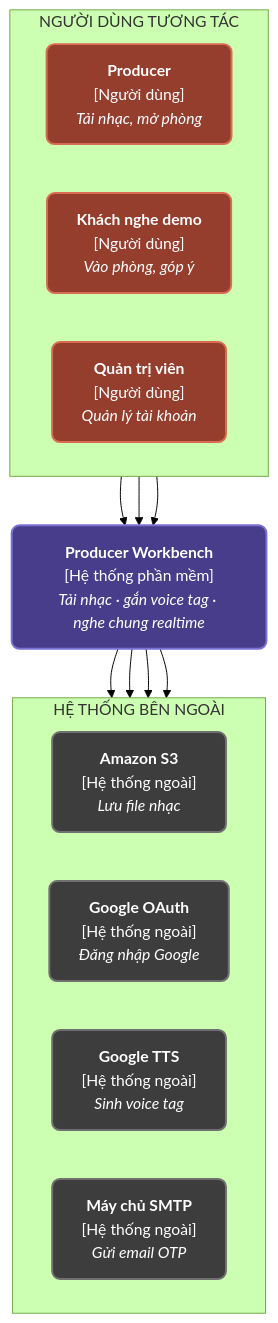
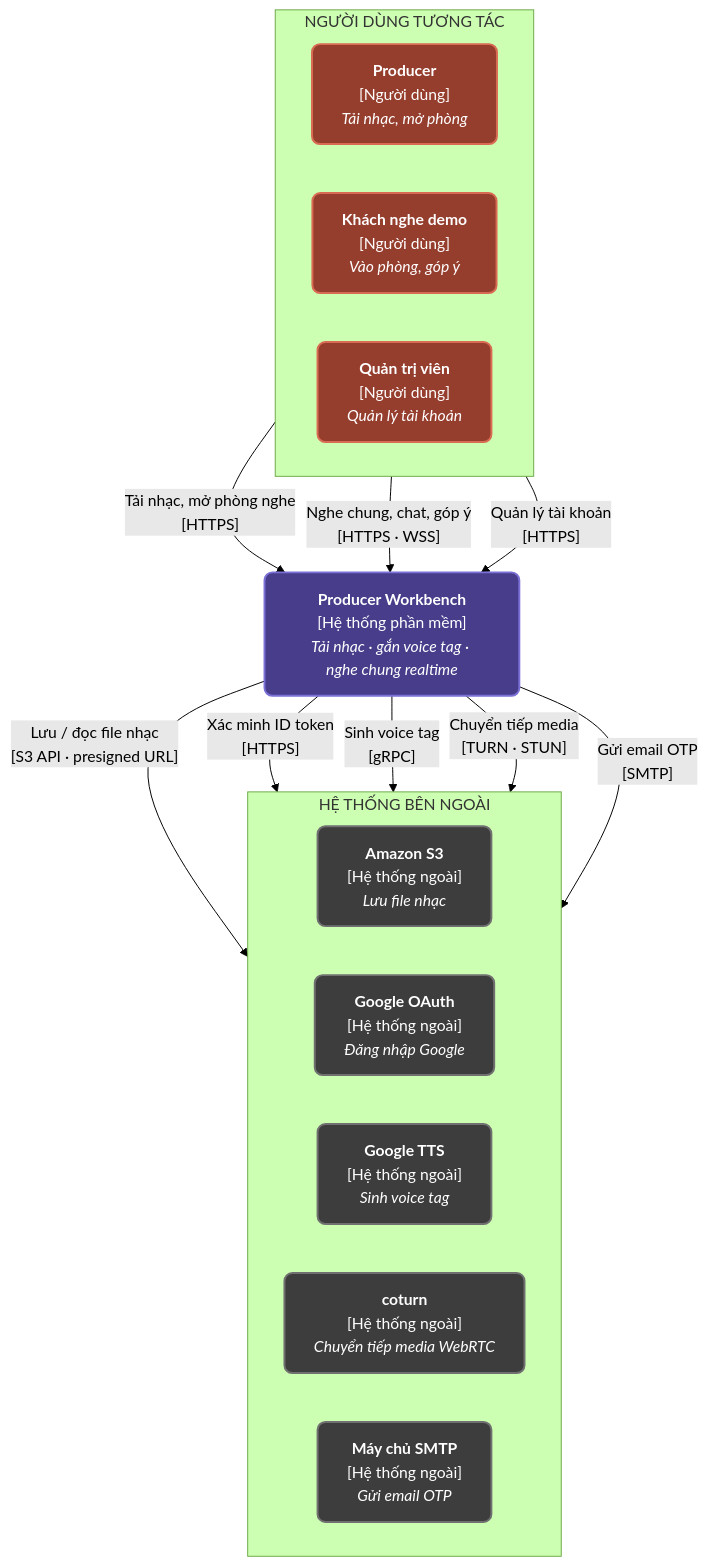
Before and after one commit to NguyenDucHoangNam/PWB_Mini: the diagram in docs/diagram/c4_level1_system_context.md, drawn with Mermaid (forest theme). The commit also changed other lines of this file and 5 other files, not shown here.

Commit message:
feat(showcase): add interactive C4 system context diagram component and i18n strings

````diff
--- a/docs/diagram/c4_level1_system_context.md
+++ b/docs/diagram/c4_level1_system_context.md
@@ -9,32 +9,34 @@
 ```mermaid
 graph TD
     classDef userBox fill:#963E2E,stroke:#D96B52,stroke-width:2px,color:#FFFFFF,rx:8px,ry:8px;
     classDef appBox fill:#483D8B,stroke:#7A70D6,stroke-width:2px,color:#FFFFFF,rx:8px,ry:8px;
     classDef extBox fill:#3D3D3D,stroke:#707070,stroke-width:2px,color:#FFFFFF,rx:8px,ry:8px;
 
     subgraph USERS ["NGƯỜI DÙNG TƯƠNG TÁC"]
         direction LR
         P["<b>Producer</b><br/>[Người dùng]<br/><i>Tải nhạc, mở phòng</i>"]:::userBox
         K["<b>Khách nghe demo</b><br/>[Người dùng]<br/><i>Vào phòng, góp ý</i>"]:::userBox
         Q["<b>Quản trị viên</b><br/>[Người dùng]<br/><i>Quản lý tài khoản</i>"]:::userBox
     end
 
     SYS["<b>Producer Workbench</b><br/>[Hệ thống phần mềm]<br/><i>Tải nhạc · gắn voice tag · nghe chung realtime</i>"]:::appBox
 
     subgraph EXTERNALS ["HỆ THỐNG BÊN NGOÀI"]
         direction LR
         S3["<b>Amazon S3</b><br/>[Hệ thống ngoài]<br/><i>Lưu file nhạc</i>"]:::extBox
         OAUTH["<b>Google OAuth</b><br/>[Hệ thống ngoài]<br/><i>Đăng nhập Google</i>"]:::extBox
         TTS["<b>Google TTS</b><br/>[Hệ thống ngoài]<br/><i>Sinh voice tag</i>"]:::extBox
+        TURN["<b>coturn</b><br/>[Hệ thống ngoài]<br/><i>Chuyển tiếp media WebRTC</i>"]:::extBox
         SMTP["<b>Máy chủ SMTP</b><br/>[Hệ thống ngoài]<br/><i>Gửi email OTP</i>"]:::extBox
     end
 
-    P --> SYS
-    K --> SYS
-    Q --> SYS
+    P -->|"Tải nhạc, mở phòng nghe<br/>[HTTPS]"| SYS
+    K -->|"Nghe chung, chat, góp ý<br/>[HTTPS · WSS]"| SYS
+    Q -->|"Quản lý tài khoản<br/>[HTTPS]"| SYS
 
-    SYS --> S3
-    SYS --> OAUTH
-    SYS --> TTS
-    SYS --> SMTP
+    SYS -->|"Lưu / đọc file nhạc<br/>[S3 API · presigned URL]"| S3
+    SYS -->|"Xác minh ID token<br/>[HTTPS]"| OAUTH
+    SYS -->|"Sinh voice tag<br/>[gRPC]"| TTS
+    SYS -->|"Chuyển tiếp media<br/>[TURN · STUN]"| TURN
+    SYS -->|"Gửi email OTP<br/>[SMTP]"| SMTP
 ```
````
